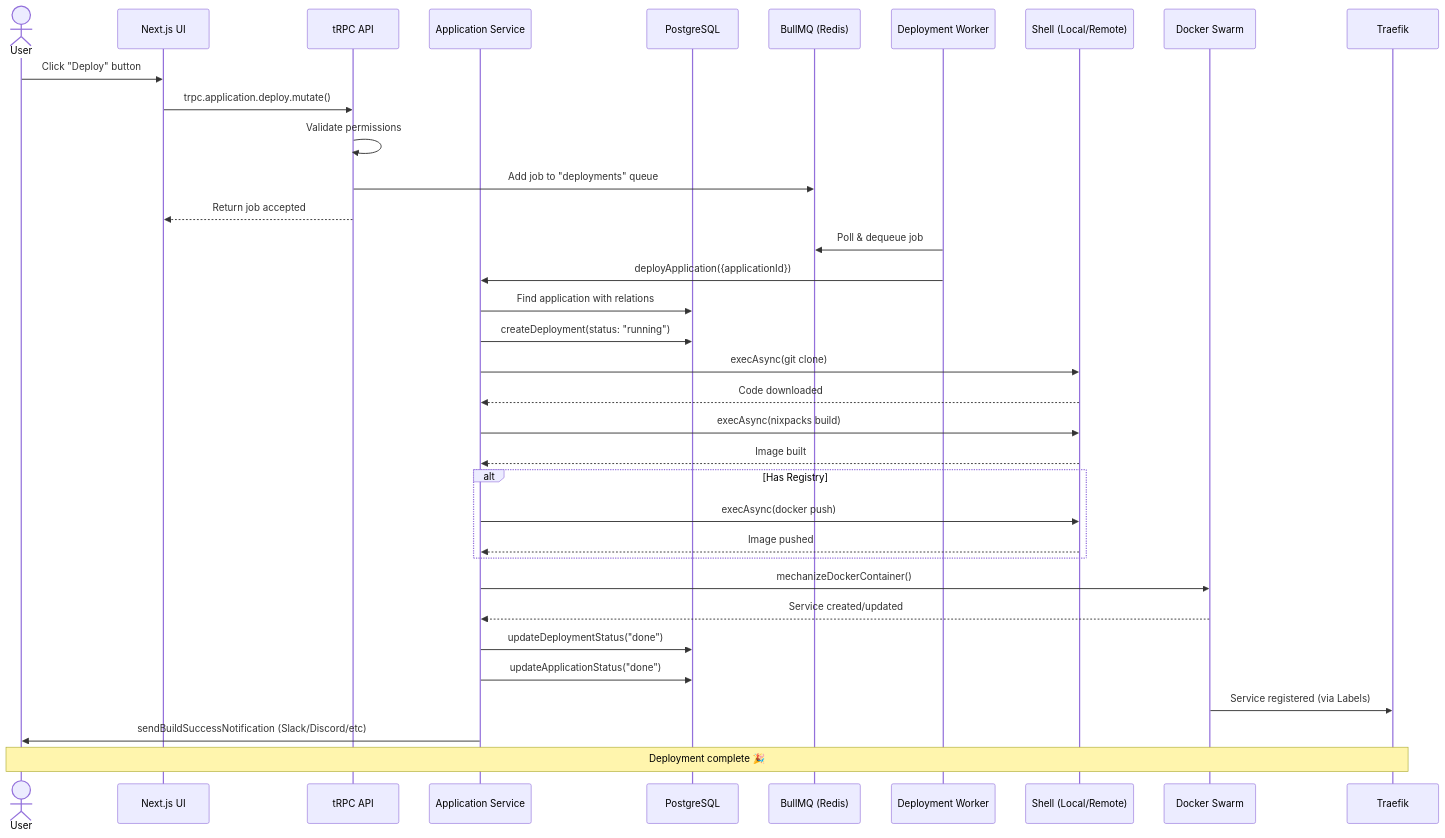
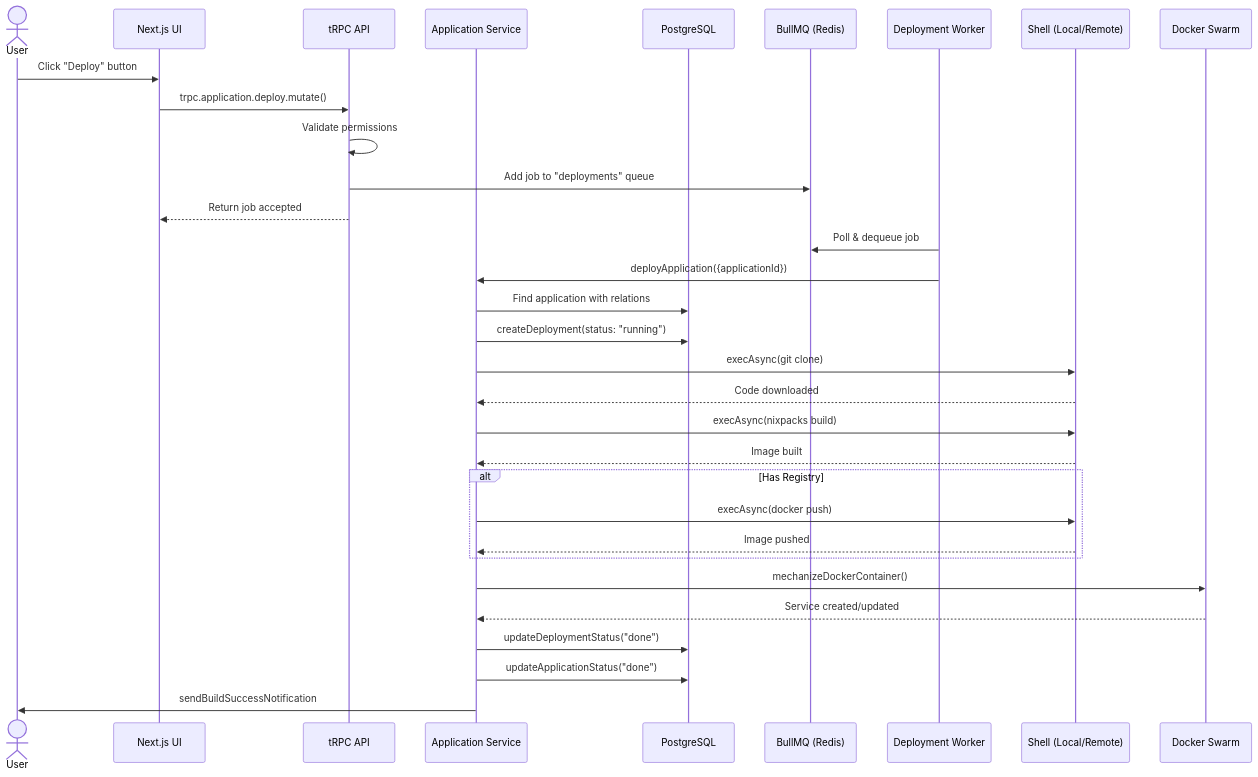
Before and after one commit to wangbinyq/opensource-arch: the second of 2 diagrams in analyses/dokploy/README.md, drawn with Mermaid. The commit also changed other lines of this file and 8 other files, not shown here.

````diff
--- a/analyses/dokploy/README.md
+++ b/analyses/dokploy/README.md
@@ -626,48 +157,43 @@
 ```mermaid
 sequenceDiagram
     actor User
     participant UI as Next.js UI
     participant API as tRPC API
     participant SVC as Application Service
     participant DB as PostgreSQL
     participant Q as BullMQ (Redis)
     participant Worker as Deployment Worker
     participant Shell as Shell (Local/Remote)
     participant Docker as Docker Swarm
-    participant Traefik as Traefik
 
     User->>UI: Click "Deploy" button
     UI->>API: trpc.application.deploy.mutate()
     API->>API: Validate permissions
     API->>Q: Add job to "deployments" queue
     API-->>UI: Return job accepted
     
     Worker->>Q: Poll & dequeue job
     Worker->>SVC: deployApplication({applicationId})
     
     SVC->>DB: Find application with relations
     SVC->>DB: createDeployment(status: "running")
     
     SVC->>Shell: execAsync(git clone)
     Shell-->>SVC: Code downloaded
     
     SVC->>Shell: execAsync(nixpacks build)
     Shell-->>SVC: Image built
     
     alt Has Registry
         SVC->>Shell: execAsync(docker push)
         Shell-->>SVC: Image pushed
     end
     
     SVC->>Docker: mechanizeDockerContainer()
     Docker-->>SVC: Service created/updated
     
     SVC->>DB: updateDeploymentStatus("done")
     SVC->>DB: updateApplicationStatus("done")
     
-    Docker->>Traefik: Service registered (via Labels)
-    
-    SVC->>User: sendBuildSuccessNotification (Slack/Discord/etc)
-    
-    Note over User,Traefik: Deployment complete 🎉
+    SVC->>User: sendBuildSuccessNotification
 ```
````
